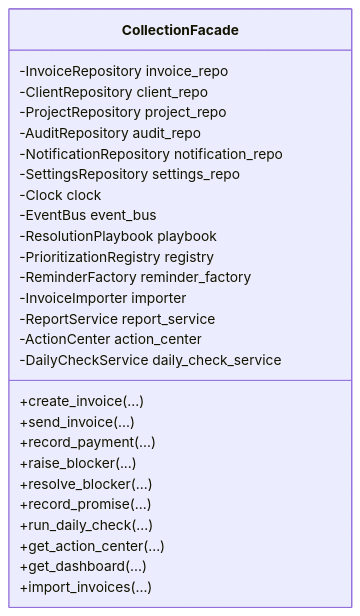
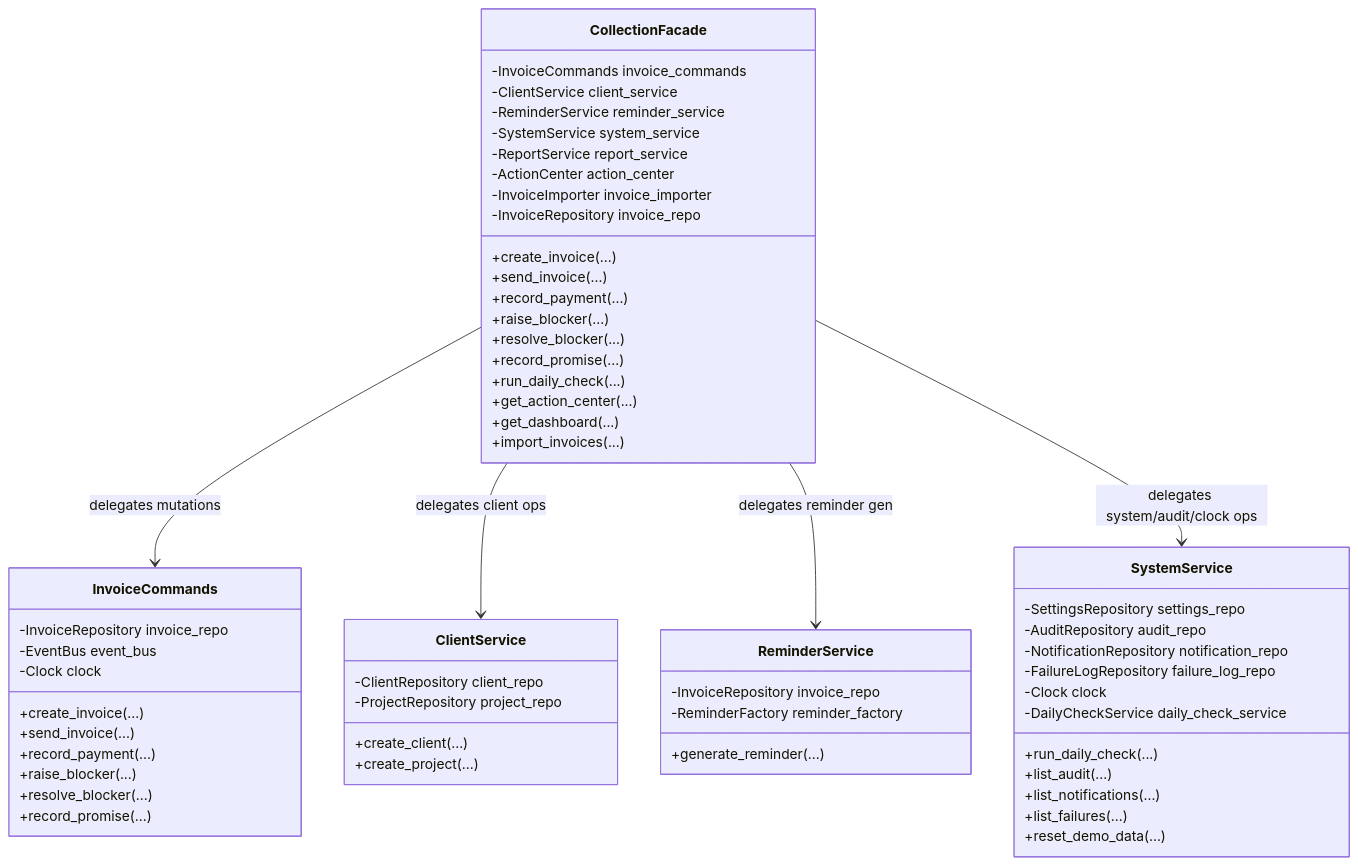
One commit to Anupam-hash926/DuePing changed the seventh of 8 diagrams in docs/uml/03-patterns.md. Above: the diagram before and after it, drawn with Mermaid. The commit also changed other lines of this file and 27 other files, not shown here.

Commit message:
phase 4: concurrency, failure visibility, facade split, pagination (C1-C6)

````diff
--- a/docs/uml/03-patterns.md
+++ b/docs/uml/03-patterns.md
@@ -366,30 +366,67 @@
 ```mermaid
 classDiagram
     class CollectionFacade {
-        -InvoiceRepository invoice_repo
-        -ClientRepository client_repo
-        -ProjectRepository project_repo
-        -AuditRepository audit_repo
-        -NotificationRepository notification_repo
-        -SettingsRepository settings_repo
-        -Clock clock
-        -EventBus event_bus
-        -ResolutionPlaybook playbook
-        -PrioritizationRegistry registry
-        -ReminderFactory reminder_factory
-        -InvoiceImporter importer
+        -InvoiceCommands invoice_commands
+        -ClientService client_service
+        -ReminderService reminder_service
+        -SystemService system_service
         -ReportService report_service
         -ActionCenter action_center
-        -DailyCheckService daily_check_service
+        -InvoiceImporter invoice_importer
+        -InvoiceRepository invoice_repo
         +create_invoice(...)
         +send_invoice(...)
         +record_payment(...)
         +raise_blocker(...)
         +resolve_blocker(...)
         +record_promise(...)
         +run_daily_check(...)
         +get_action_center(...)
         +get_dashboard(...)
         +import_invoices(...)
     }
+
+    class InvoiceCommands {
+        -InvoiceRepository invoice_repo
+        -EventBus event_bus
+        -Clock clock
+        +create_invoice(...)
+        +send_invoice(...)
+        +record_payment(...)
+        +raise_blocker(...)
+        +resolve_blocker(...)
+        +record_promise(...)
+    }
+
+    class ClientService {
+        -ClientRepository client_repo
+        -ProjectRepository project_repo
+        +create_client(...)
+        +create_project(...)
+    }
+
+    class ReminderService {
+        -InvoiceRepository invoice_repo
+        -ReminderFactory reminder_factory
+        +generate_reminder(...)
+    }
+
+    class SystemService {
+        -SettingsRepository settings_repo
+        -AuditRepository audit_repo
+        -NotificationRepository notification_repo
+        -FailureLogRepository failure_log_repo
+        -Clock clock
+        -DailyCheckService daily_check_service
+        +run_daily_check(...)
+        +list_audit(...)
+        +list_notifications(...)
+        +list_failures(...)
+        +reset_demo_data(...)
+    }
+
+    CollectionFacade --> InvoiceCommands : delegates mutations
+    CollectionFacade --> ClientService : delegates client ops
+    CollectionFacade --> ReminderService : delegates reminder gen
+    CollectionFacade --> SystemService : delegates system/audit/clock ops
 ```
````
